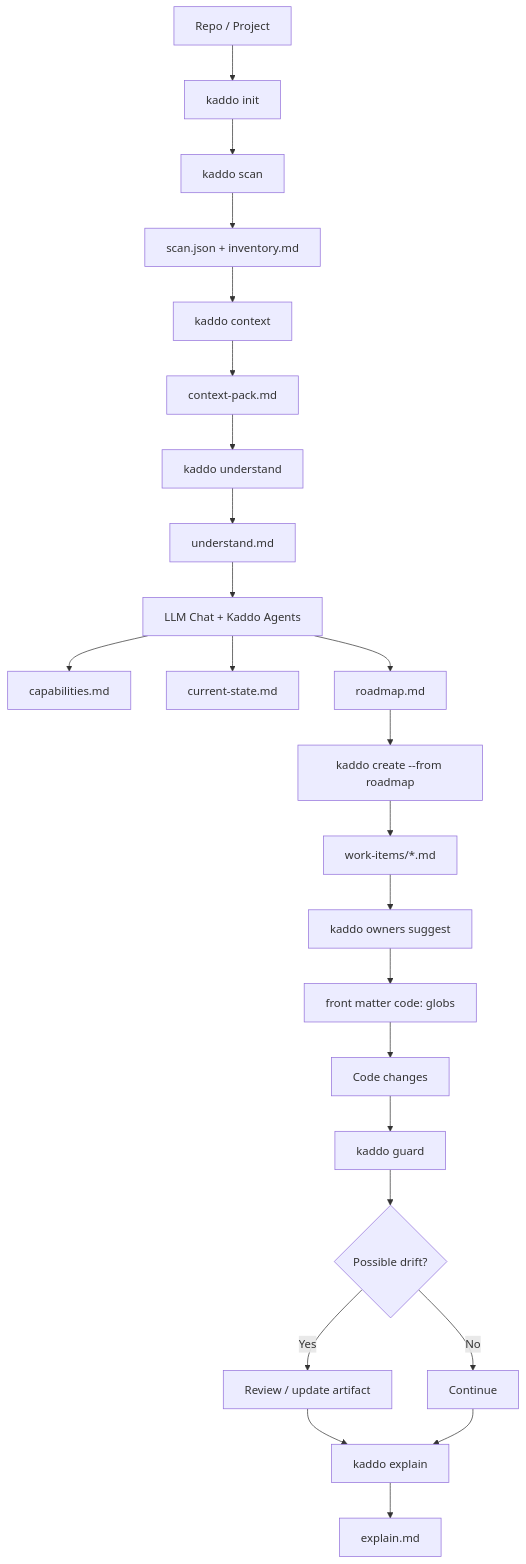
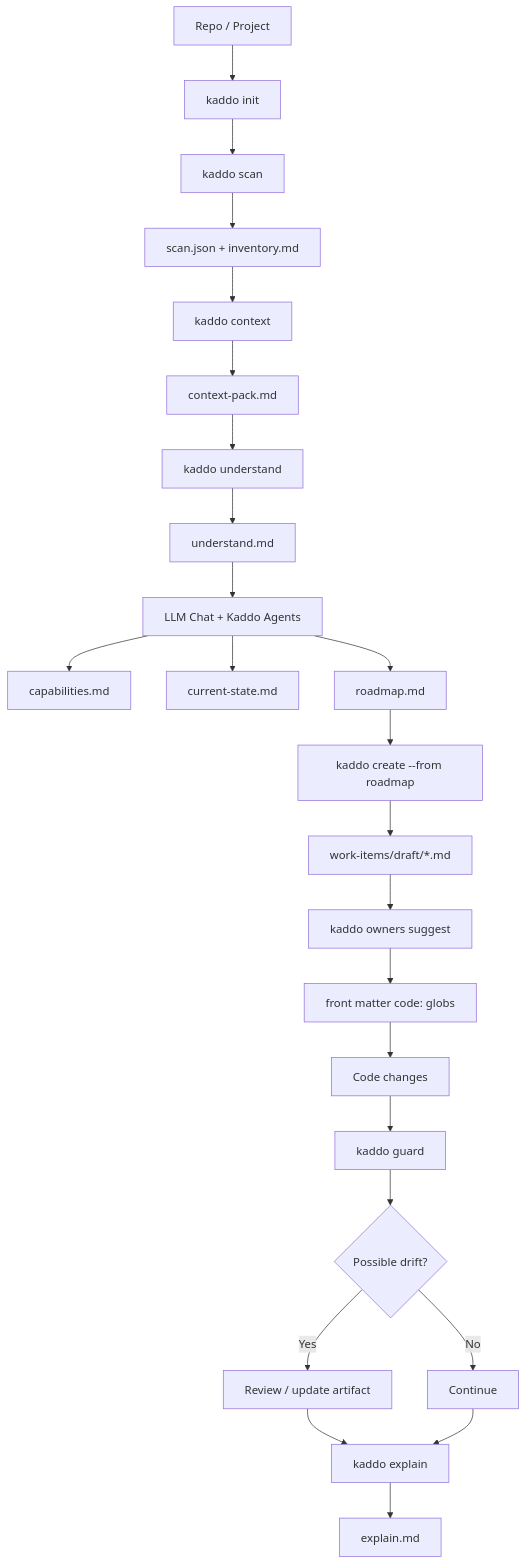
The third of 15 diagrams in apps/docs/src/content/docs/visual-guide.md (Kaddo-kdd/kaddo), drawn with Mermaid before and after one commit. The commit also changed other lines of this file and 33 other files, not shown here.

````diff
--- a/apps/docs/src/content/docs/visual-guide.md
+++ b/apps/docs/src/content/docs/visual-guide.md
@@ -48,26 +48,26 @@
 ```mermaid
 flowchart TD
     A[Repo / Project] --> B[kaddo init]
     B --> C[kaddo scan]
     C --> D[scan.json + inventory.md]
     D --> E[kaddo context]
     E --> F[context-pack.md]
     F --> G[kaddo understand]
     G --> H[understand.md]
     H --> I[LLM Chat + Kaddo Agents]
     I --> J[capabilities.md]
     I --> K[current-state.md]
     I --> L[roadmap.md]
     L --> M[kaddo create --from roadmap]
-    M --> N[work-items/*.md]
+    M --> N[work-items/draft/*.md]
     N --> O[kaddo owners suggest]
     O --> P[front matter code: globs]
     P --> Q[Code changes]
     Q --> R[kaddo guard]
     R --> S{Possible drift?}
     S -->|Yes| T[Review / update artifact]
     S -->|No| U[Continue]
     T --> V[kaddo explain]
     U --> V
     V --> W[explain.md]
 ```
````
